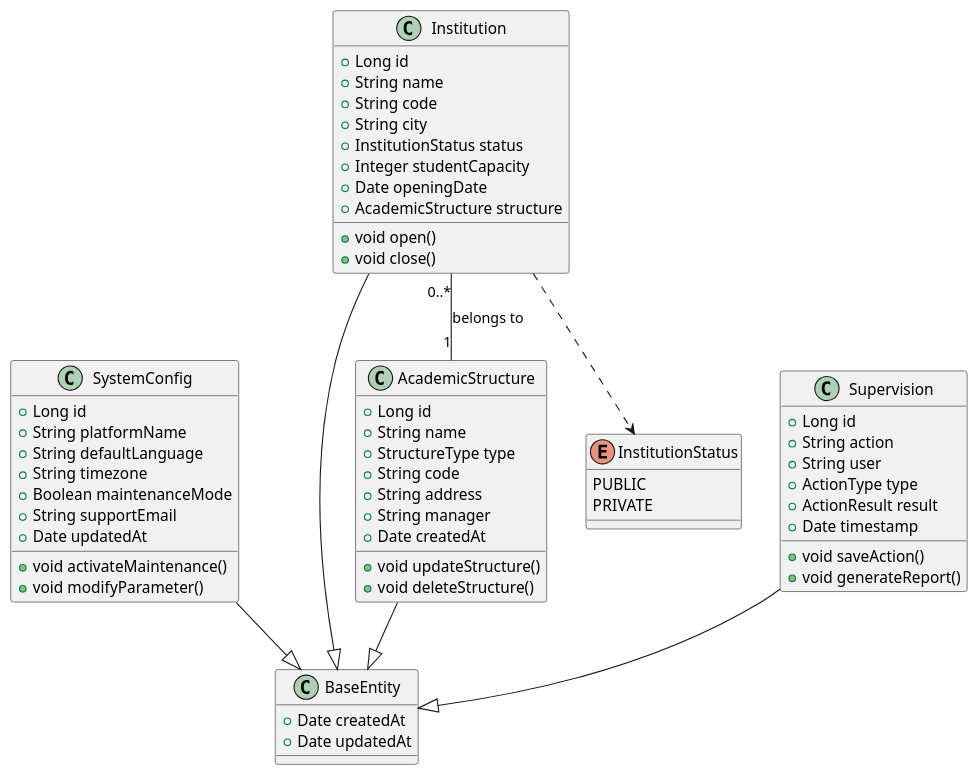
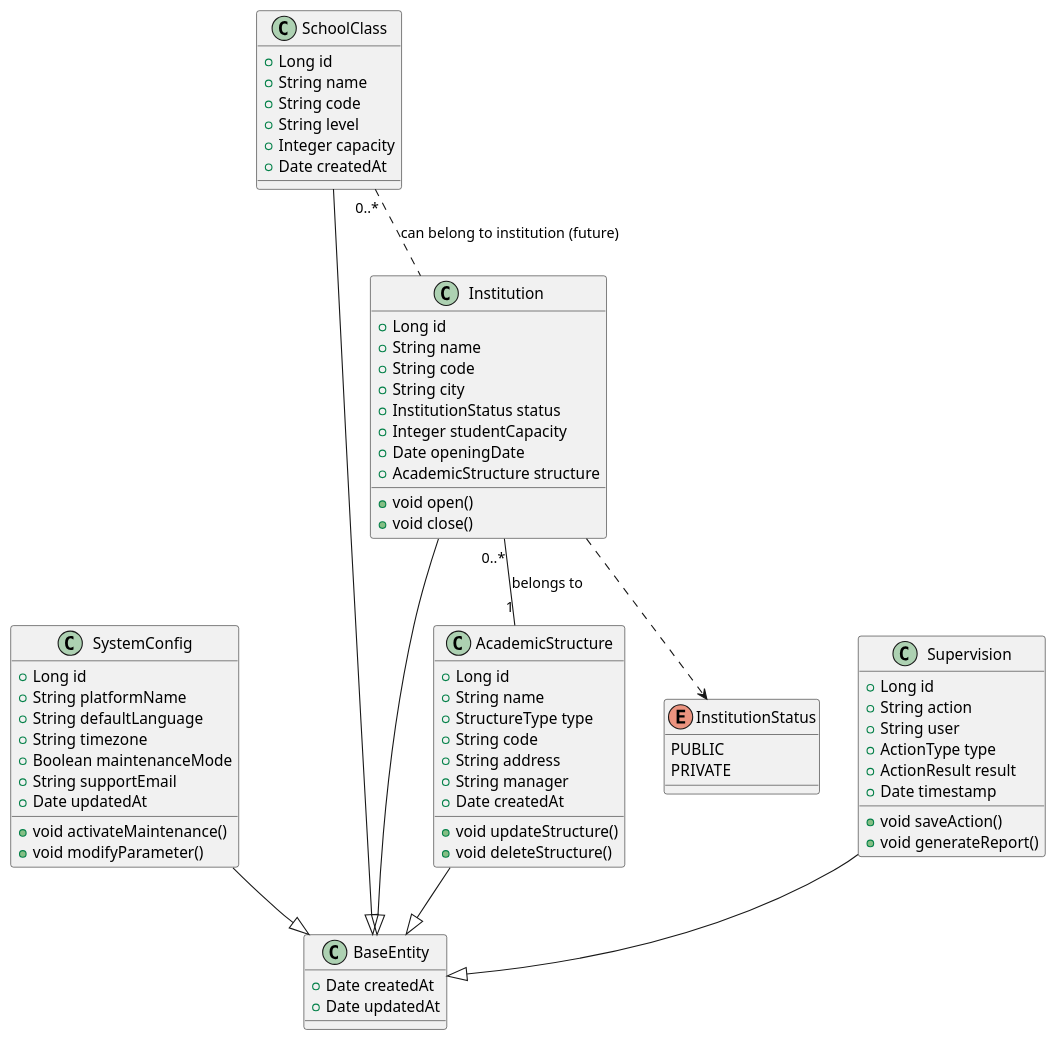
The diagram in src/puml/admin-management.puml (Montassar-T/Projet-JAVA-ESPRIT), drawn with PlantUML before and after one commit. The commit also changed 15 other files, not shown here.

```diff
--- a/src/puml/admin-management.puml
+++ b/src/puml/admin-management.puml
@@ -1,69 +1,80 @@
 @startuml
 
 class BaseEntity {
     +Date createdAt
     +Date updatedAt
 }
 
 class SystemConfig {
     +Long id
     +String platformName
     +String defaultLanguage
     +String timezone
     +Boolean maintenanceMode
     +String supportEmail
     +Date updatedAt
     +void activateMaintenance()
     +void modifyParameter()
 }
 
 class AcademicStructure {
     +Long id
     +String name
     +StructureType type
     +String code
     +String address
     +String manager
     +Date createdAt
     +void updateStructure()
     +void deleteStructure()
 }
 
 enum InstitutionStatus {
     PUBLIC
     PRIVATE
 }
 
 class Institution {
     +Long id
     +String name
     +String code
     +String city
     +InstitutionStatus status
     +Integer studentCapacity
     +Date openingDate
     +AcademicStructure structure
     +void open()
     +void close()
 }
 
+class SchoolClass {
+    +Long id
+    +String name
+    +String code
+    +String level
+    +Integer capacity
+    +Date createdAt
+}
+
 class Supervision {
     +Long id
     +String action
     +String user
     +ActionType type
     +ActionResult result
     +Date timestamp
     +void saveAction()
     +void generateReport()
 }
 
 SystemConfig --|> BaseEntity
 AcademicStructure --|> BaseEntity
 Institution --|> BaseEntity
+SchoolClass --|> BaseEntity
 Supervision --|> BaseEntity
 
 Institution "0..*" -- "1" AcademicStructure : belongs to
+SchoolClass "0..*" .. Institution : can belong to institution (future)
 Institution ..> InstitutionStatus
 
 @enduml
```
